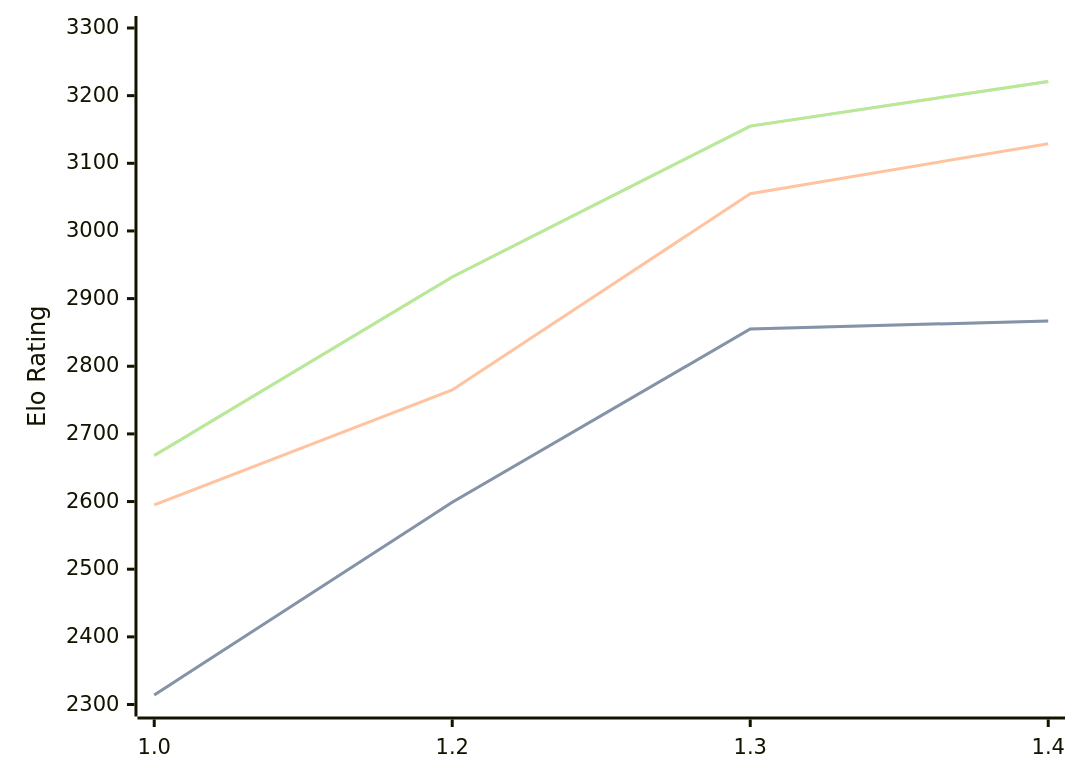
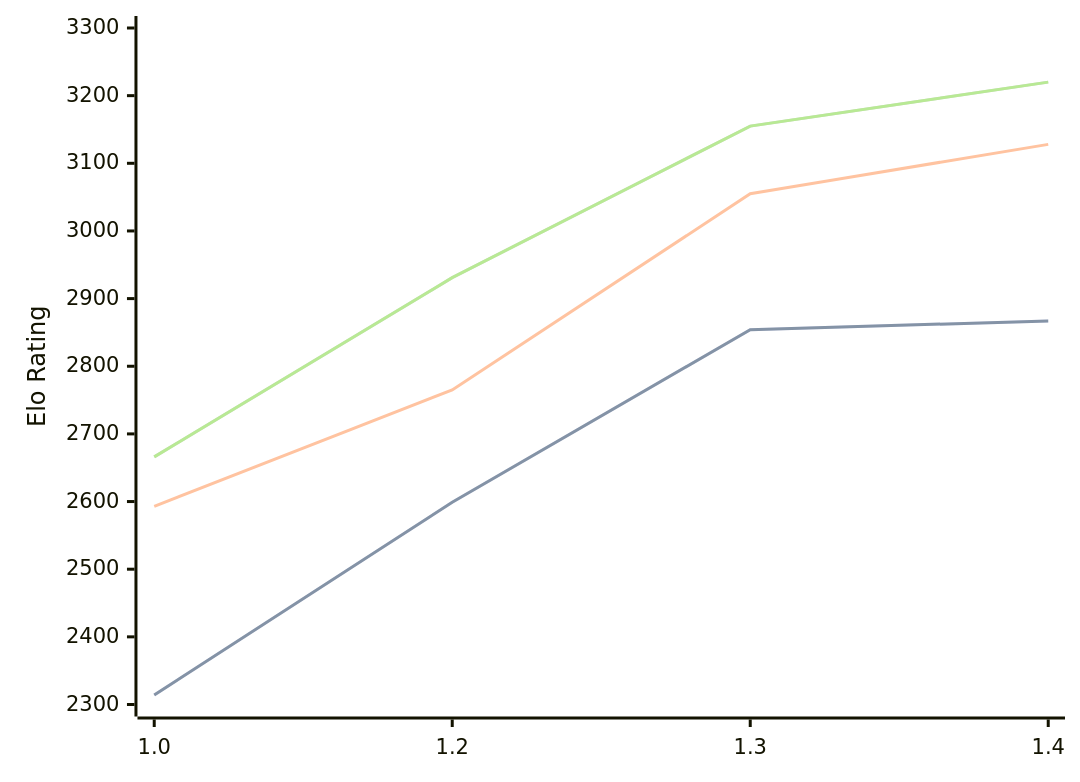
The diagram in engines/Chessnix.md (computer-chess-index/cci), drawn with Mermaid before and after one commit. The commit also changed other lines of this file, not shown here.

Commit message:
Update CCI Ratings (ELO VLTC) - 2026-07-28

````diff
--- a/engines/Chessnix.md
+++ b/engines/Chessnix.md
@@ -36,11 +36,11 @@
 ```mermaid
 %%{init: {"theme":"base","themeVariables":{"seriesColors:['#a3a3a3','#222221','#faa371']}}}%%
 xychart-beta
   x-axis ["1.0", "1.2", "1.3", "1.4"]
   y-axis "Elo Rating" 2300 --> 3300
-  line "STC (8.0+0.08s)" [2314, 2599, 2855, 2867]
-  line "STC (8.0+0.08s)" [2314, 2599, 2855, 2867]
-  line "LTC (60.0+0.60s)" [2595, 2765, 3055, 3129]
-  line "VLTC (2m24s+1.12s)" [2668, 2932, 3155, 3221]
-  line "VLTC (2m24s+1.12s)" [2668, 2932, 3155, 3221]
+  line "STC (8.0+0.08s)" [2314, 2599, 2854, 2867]
+  line "STC (8.0+0.08s)" [2314, 2599, 2854, 2867]
+  line "LTC (60.0+0.60s)" [2593, 2765, 3055, 3128]
+  line "VLTC (2m24s+1.12s)" [2666, 2931, 3155, 3220]
+  line "VLTC (2m24s+1.12s)" [2666, 2931, 3155, 3220]
 ```
````
